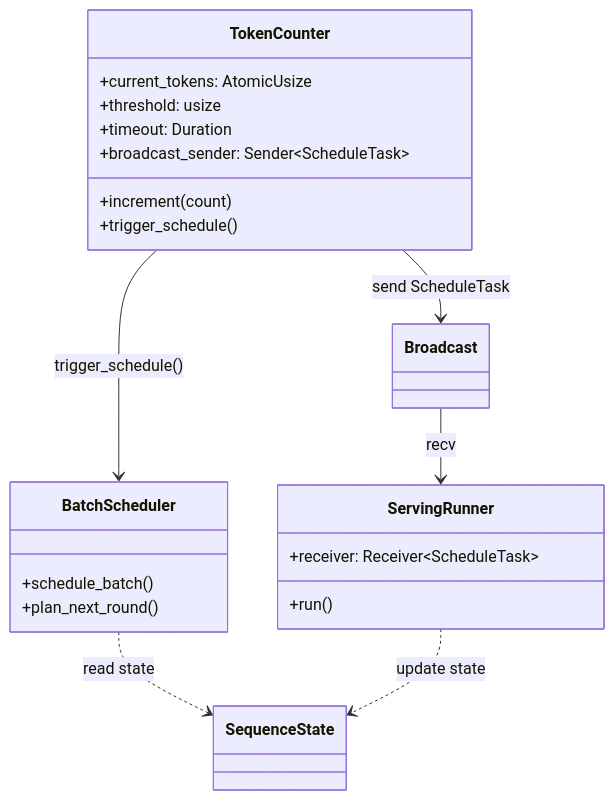
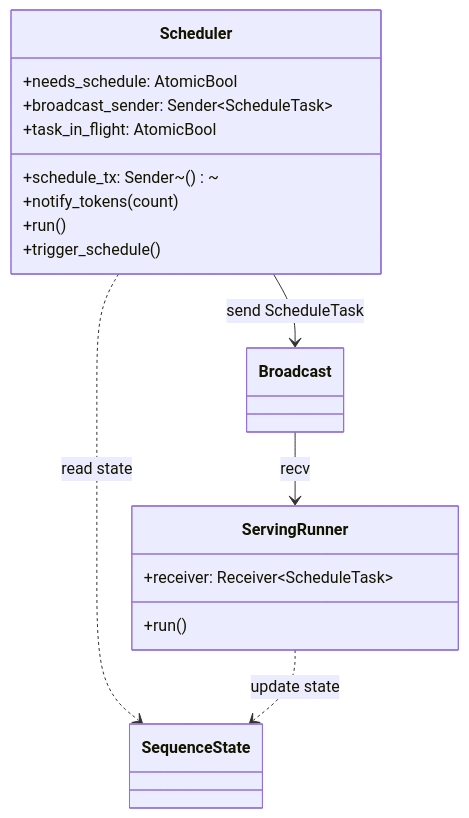
The third of 8 diagrams in docs/design/runtime/schedule.md (lucienhuangfu/eLLM), drawn with Mermaid before and after one commit. The commit also changed other lines of this file and 8 other files, not shown here.

````diff
--- a/docs/design/runtime/schedule.md
+++ b/docs/design/runtime/schedule.md
@@ -218,27 +267,22 @@
 ```mermaid
 classDiagram
-    class TokenCounter {
-        +current_tokens: AtomicUsize
-        +threshold: usize
-        +timeout: Duration
+    class Scheduler {
+        +needs_schedule: AtomicBool
+        +schedule_tx: Sender~()~
         +broadcast_sender: Sender~ScheduleTask~
-        +increment(count)
+        +task_in_flight: AtomicBool
+        +notify_tokens(count)
+        +run()
         +trigger_schedule()
-    }
-
-    class BatchScheduler {
-        +schedule_batch()
-        +plan_next_round()
     }
 
     class ServingRunner {
         +receiver: Receiver~ScheduleTask~
         +run()
     }
 
-    TokenCounter --> BatchScheduler: trigger_schedule()
-    TokenCounter --> Broadcast: send ScheduleTask
+    Scheduler --> Broadcast: send ScheduleTask
     Broadcast --> ServingRunner: recv
-    BatchScheduler ..> SequenceState: read state
+    Scheduler ..> SequenceState: read state
     ServingRunner ..> SequenceState: update state
 ```
````
